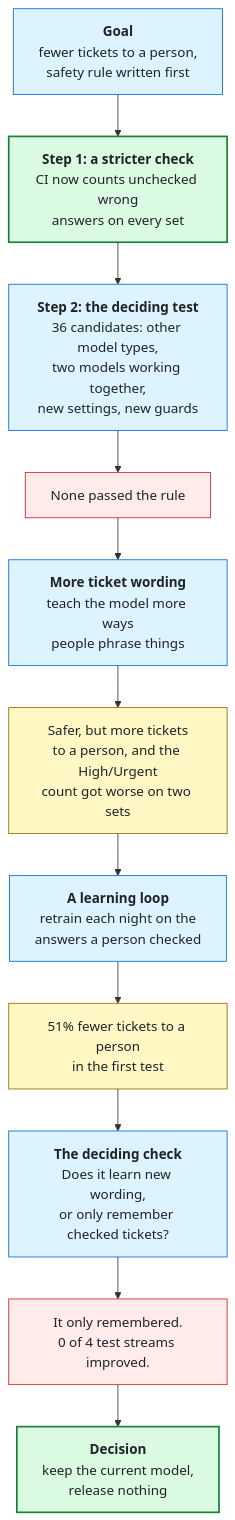
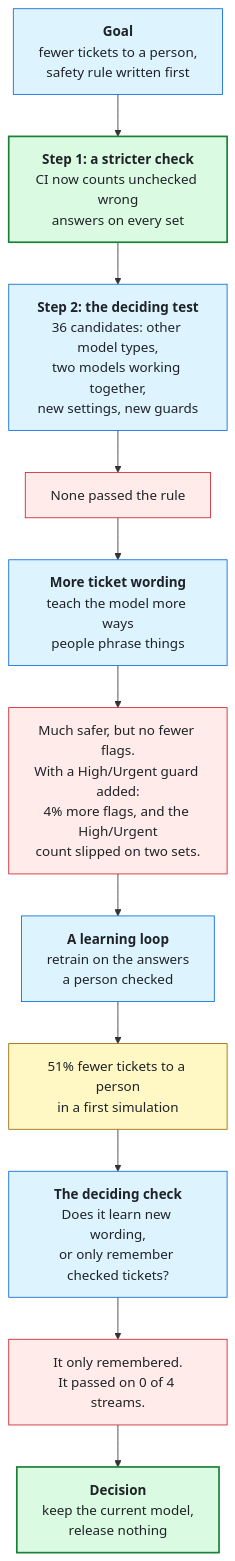
Before and after one commit to GoudyMT/ai-support-desk-triage: the first of 2 diagrams in docs/guide/the-version-that-did-not-ship.md, drawn with Mermaid. The commit also changed other lines of this file and 3 other files, not shown here.

````diff
--- a/docs/guide/the-version-that-did-not-ship.md
+++ b/docs/guide/the-version-that-did-not-ship.md
@@ -21,21 +25,21 @@
 ```mermaid
 flowchart TD
     S["<b>Goal</b><br/>fewer tickets to a person,<br/>safety rule written first"] --> G["<b>Step 1: a stricter check</b><br/>CI now counts unchecked wrong<br/>answers on every set"]
     G --> D["<b>Step 2: the deciding test</b><br/>36 candidates: other model types,<br/>two models working together,<br/>new settings, new guards"]
     D --> DR["None passed the rule"]
     DR --> W["<b>More ticket wording</b><br/>teach the model more ways<br/>people phrase things"]
-    W --> WR["Safer, but more tickets<br/>to a person, and the High/Urgent<br/>count got worse on two sets"]
-    WR --> L["<b>A learning loop</b><br/>retrain each night on the<br/>answers a person checked"]
-    L --> LR["51% fewer tickets to a person<br/>in the first test"]
+    W --> WR["Much safer, but no fewer flags.<br/>With a High/Urgent guard added:<br/>4% more flags, and the High/Urgent<br/>count slipped on two sets."]
+    WR --> L["<b>A learning loop</b><br/>retrain on the answers<br/>a person checked"]
+    L --> LR["51% fewer tickets to a person<br/>in a first simulation"]
     LR --> C["<b>The deciding check</b><br/>Does it learn new wording,<br/>or only remember checked tickets?"]
-    C --> CR["It only remembered.<br/>0 of 4 test streams improved."]
+    C --> CR["It only remembered.<br/>It passed on 0 of 4 streams."]
     CR --> E["<b>Decision</b><br/>keep the current model,<br/>release nothing"]
     classDef q fill:#ddf4ff,stroke:#0969da,color:#1f2328
     classDef pick fill:#dafbe1,stroke:#1a7f37,stroke-width:2px,color:#1f2328
     classDef cost fill:#fff8c5,stroke:#9a6700,color:#1f2328
     classDef stop fill:#ffebe9,stroke:#cf222e,color:#1f2328
     class S,D,W,L,C q
     class G,E pick
-    class WR,LR cost
-    class DR,CR stop
+    class LR cost
+    class DR,WR,CR stop
 ```
````
